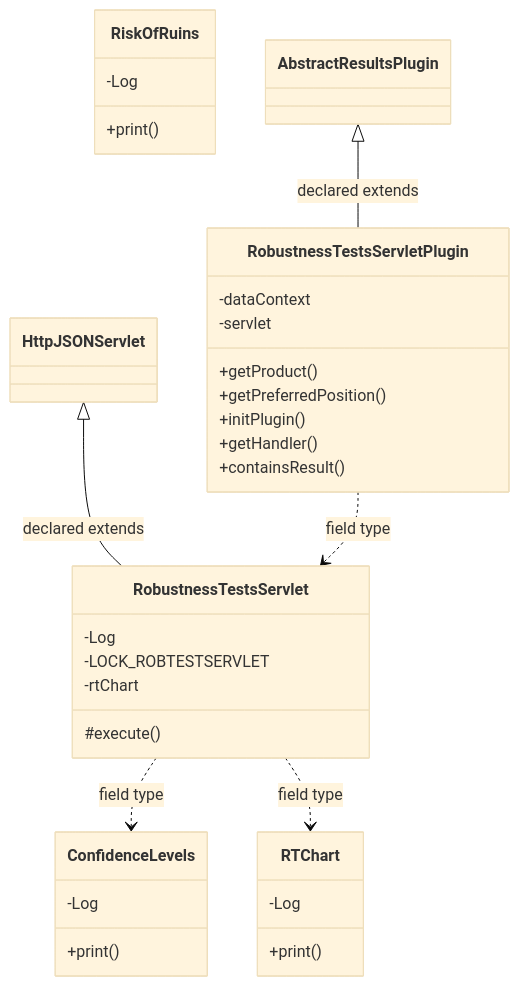
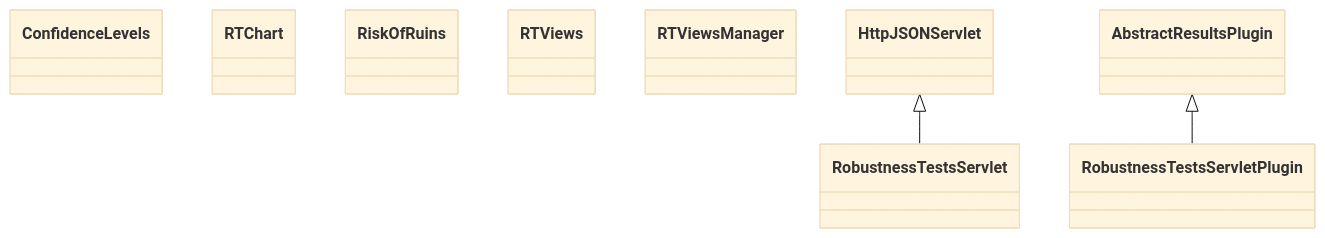
Before and after one commit to haruperi/HaruQuantAI: the diagram in docs/sqx/Results/ResultsRobustnessTests.md, drawn with Mermaid (base theme). The commit also changed other lines of this file and 1688 other files, not shown here.

````diff
--- a/docs/sqx/Results/ResultsRobustnessTests.md
+++ b/docs/sqx/Results/ResultsRobustnessTests.md
@@ -30,37 +26,14 @@
 ```mermaid
 classDiagram
-    class Ca16ad29d22da["ConfidenceLevels"] {
-        -Log
-        +print()
-    }
-    class C359eaf926d8d["RTChart"] {
-        -Log
-        +print()
-    }
-    class C6766496d84fb["RiskOfRuins"] {
-        -Log
-        +print()
-    }
-    class C1f0cf995e4b2["RobustnessTestsServlet"] {
-        -Log
-        -LOCK_ROBTESTSERVLET
-        -rtChart
-        #execute()
-    }
-    class C952692b5c677["RobustnessTestsServletPlugin"] {
-        -dataContext
-        -servlet
-        +getProduct()
-        +getPreferredPosition()
-        +initPlugin()
-        +getHandler()
-        +containsResult()
-    }
-    class C180e0c3f58c3["AbstractResultsPlugin"]
-    class C8900f90ae594["HttpJSONServlet"]
-    C8900f90ae594 <|-- C1f0cf995e4b2 : declared extends
-    C1f0cf995e4b2 ..> Ca16ad29d22da : field type
-    C1f0cf995e4b2 ..> C359eaf926d8d : field type
-    C180e0c3f58c3 <|-- C952692b5c677 : declared extends
-    C952692b5c677 ..> C1f0cf995e4b2 : field type
+    class C0["ConfidenceLevels"]
+    class C1["RTChart"]
+    class C2["RiskOfRuins"]
+    class C3["RobustnessTestsServlet"]
+    class C4["RobustnessTestsServletPlugin"]
+    class C5["RTViews"]
+    class C6["RTViewsManager"]
+    class E0["HttpJSONServlet"]
+    E0 <|-- C3
+    class E1["AbstractResultsPlugin"]
+    E1 <|-- C4
 ```
````
